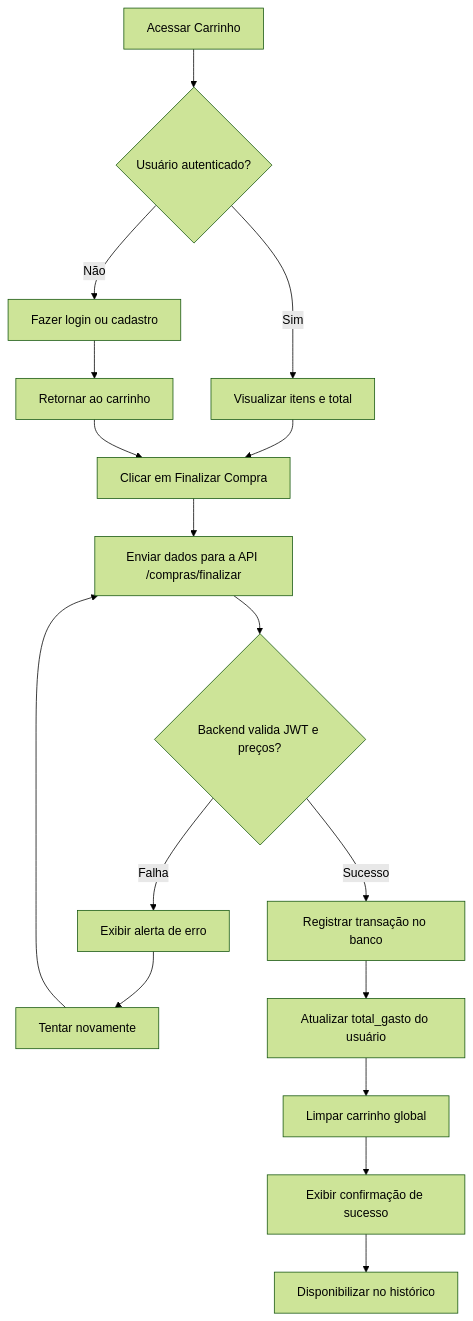
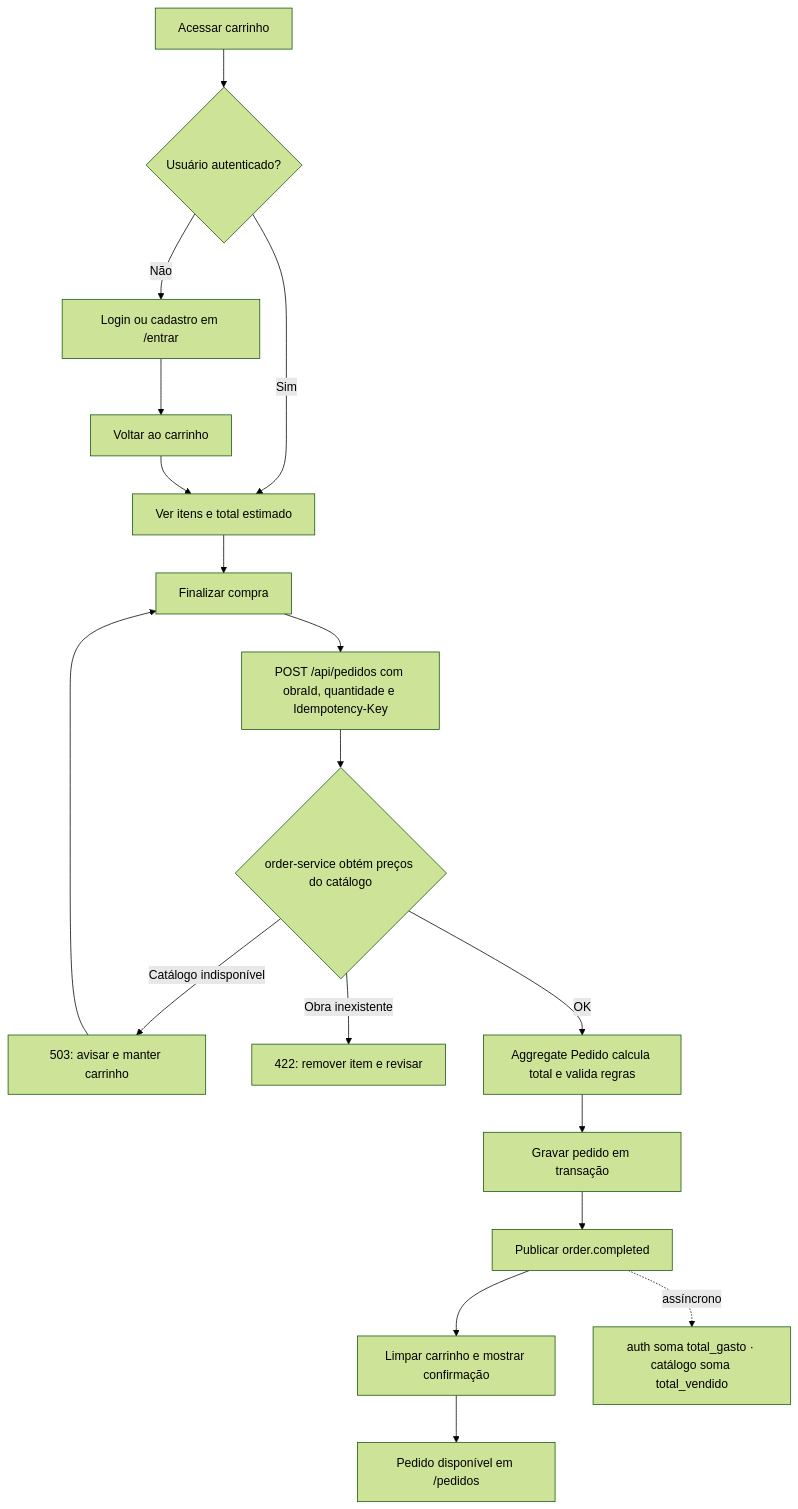
The sixth of 8 diagrams in README.md (PFLYIN/kumoko-scan), drawn with Mermaid (forest theme) before and after one commit. The commit also changed other lines of this file and 30 other files, not shown here.

````diff
--- a/README.md
+++ b/README.md
@@ -184,19 +469,20 @@
 ```mermaid
 flowchart TD
-    A[Acessar Carrinho] --> B{Usuário autenticado?}
-    B -->|Não| C[Fazer login ou cadastro]
-    C --> D[Retornar ao carrinho]
-    B -->|Sim| E[Visualizar itens e total]
-    E --> F[Clicar em Finalizar Compra]
-    D --> F
-    F --> G[Enviar dados para a API /compras/finalizar]
-    G --> H{Backend valida JWT e preços?}
-    H -->|Falha| I[Exibir alerta de erro]
-    I --> J[Tentar novamente]
-    J --> G
-    H -->|Sucesso| K[Registrar transação no banco]
-    K --> L[Atualizar total_gasto do usuário]
-    L --> M[Limpar carrinho global]
-    M --> N[Exibir confirmação de sucesso]
-    N --> O[Disponibilizar no histórico]
+    A[Acessar carrinho] --> B{Usuário autenticado?}
+    B -->|Não| C[Login ou cadastro em /entrar]
+    C --> D[Voltar ao carrinho]
+    B -->|Sim| E[Ver itens e total estimado]
+    D --> E
+    E --> F[Finalizar compra]
+    F --> G[POST /api/pedidos com obraId, quantidade e Idempotency-Key]
+    G --> H{order-service obtém preços do catálogo}
+    H -->|Catálogo indisponível| I[503: avisar e manter carrinho]
+    I --> F
+    H -->|Obra inexistente| J[422: remover item e revisar]
+    H -->|OK| K[Aggregate Pedido calcula total e valida regras]
+    K --> L[Gravar pedido em transação]
+    L --> M[Publicar order.completed]
+    M --> N[Limpar carrinho e mostrar confirmação]
+    M -. assíncrono .-> O[auth soma total_gasto · catálogo soma total_vendido]
+    N --> P[Pedido disponível em /pedidos]
 ```
````
